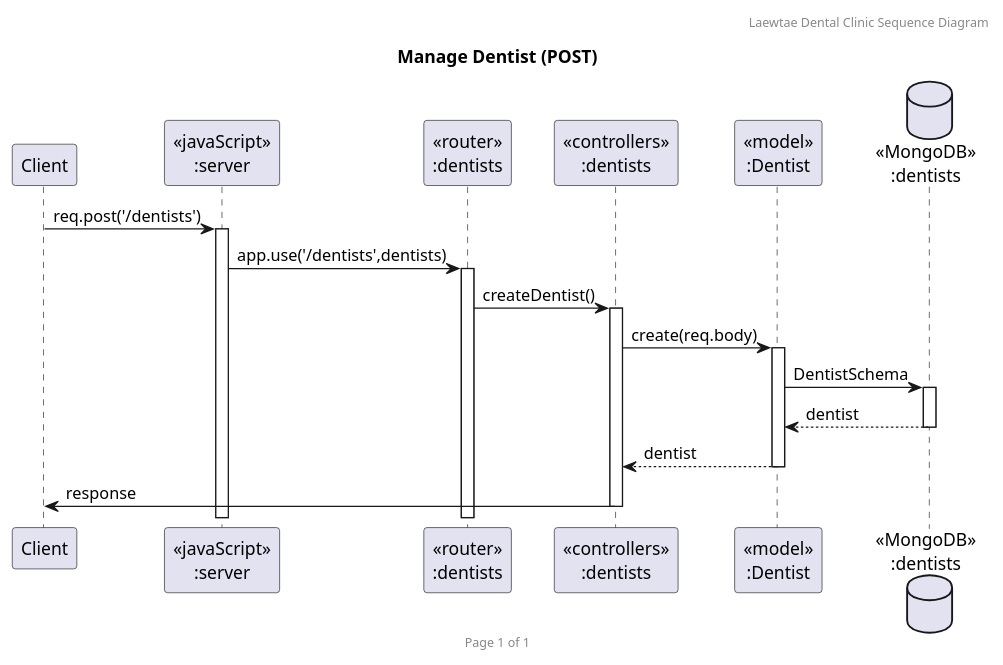
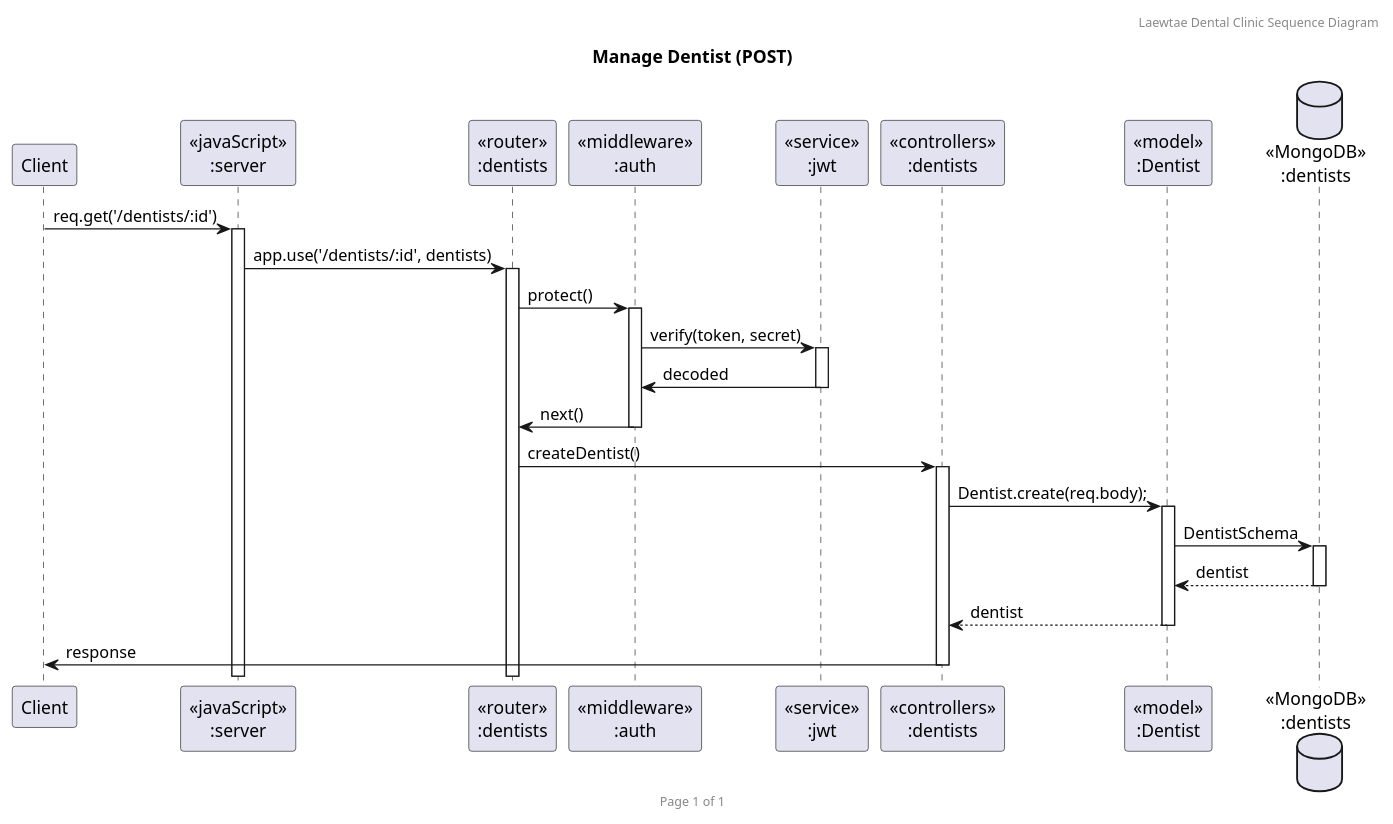
One commit to nattapong232/DentistBooking changed the diagram in UML/SequenceDiagram/DentistSequence/DentistSequencePOST.puml. Above: the diagram before and after it, drawn with PlantUML. The commit also changed 21 other files, not shown here.

Commit message:
Update sequence diagram

```diff
--- a/UML/SequenceDiagram/DentistSequence/DentistSequencePOST.puml
+++ b/UML/SequenceDiagram/DentistSequence/DentistSequencePOST.puml
@@ -1,23 +1,30 @@
 @startuml Manage Dentist (POST)
 
 header Laewtae Dental Clinic Sequence Diagram
 footer Page %page% of %lastpage%
 title "Manage Dentist (POST)"
 
 participant "Client" as client
 participant "<<javaScript>>\n:server" as server
 participant "<<router>>\n:dentists" as routerDentists
+participant "<<middleware>>\n:auth" as auth
+participant "<<service>>\n:jwt" as jwt
 participant "<<controllers>>\n:dentists" as controllersDentists
 participant "<<model>>\n:Dentist" as modelDentist
 database "<<MongoDB>>\n:dentists" as DentistsDatabase
 
-client->server ++:req.post('/dentists')
-server->routerDentists ++:app.use('/dentists',dentists)
+client->server ++:req.get('/dentists/:id')
+server->routerDentists ++:app.use('/dentists/:id', dentists)
+routerDentists -> auth ++:protect()
+auth -> jwt ++:verify(token, secret)
+auth <- jwt --:decoded
+
+routerDentists <- auth --:next()
 routerDentists -> controllersDentists ++:createDentist()
-controllersDentists->modelDentist ++:create(req.body)
+controllersDentists->modelDentist ++:Dentist.create(req.body);
 modelDentist ->DentistsDatabase ++: DentistSchema
 DentistsDatabase --> modelDentist --: dentist
-controllersDentists <-- modelDentist --:dentist
+controllersDentists <-- modelDentist --: dentist
 controllersDentists->client --:response
 
 @enduml
```
